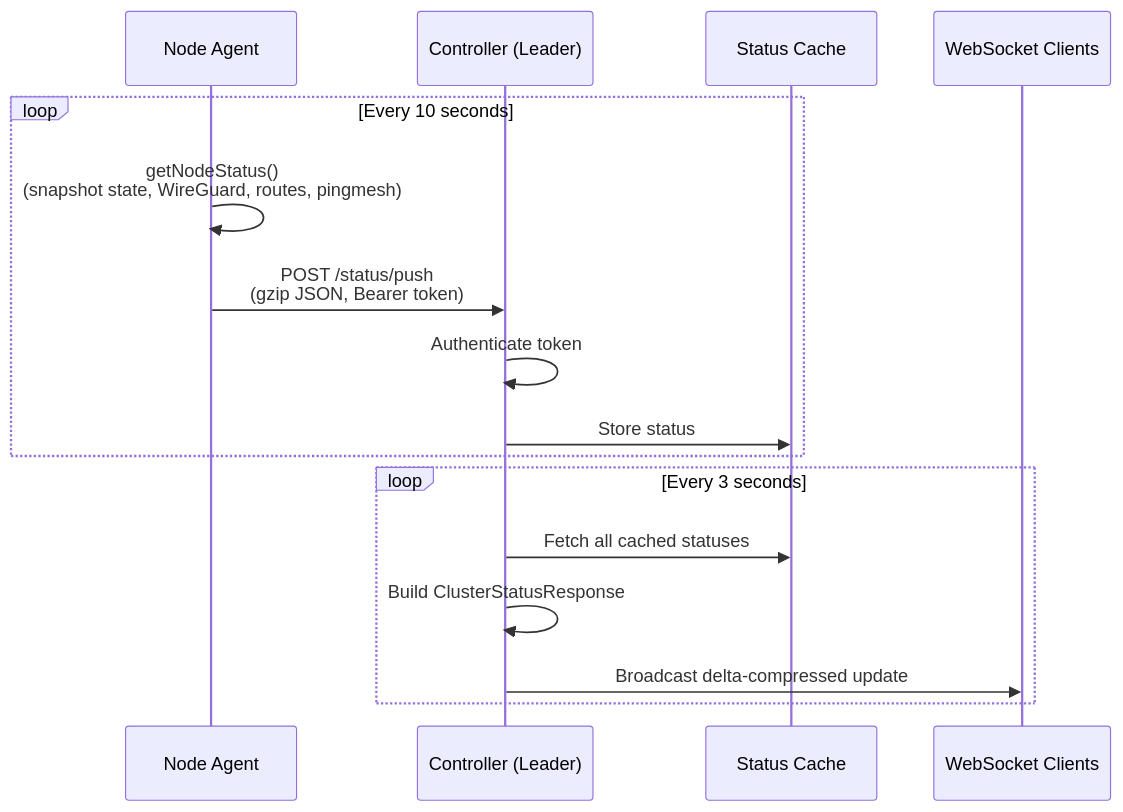
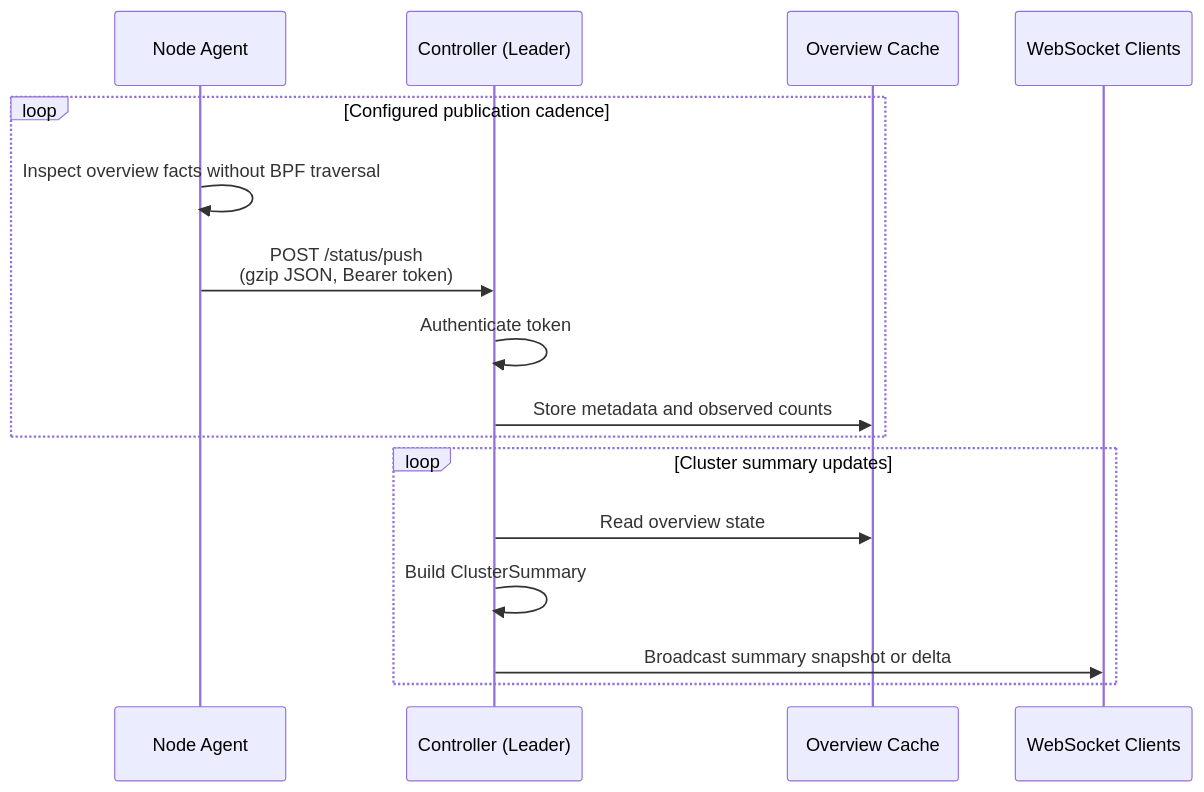
Diagram 13 of 22 in docs/net/architecture.md (Azure/unbounded), drawn with Mermaid before and after one commit. The commit also changed other lines of this file and 18 other files, not shown here.

````diff
--- a/docs/net/architecture.md
+++ b/docs/net/architecture.md
@@ -501,20 +505,20 @@
 ```mermaid
 sequenceDiagram
     participant Agent as Node Agent
     participant Controller as Controller (Leader)
-    participant Cache as Status Cache
+    participant Cache as Overview Cache
     participant WS as WebSocket Clients
 
-    loop Every 10 seconds
-        Agent->>Agent: getNodeStatus()<br/>(snapshot state, WireGuard, routes, pingmesh)
+    loop Configured publication cadence
+        Agent->>Agent: Inspect overview facts without BPF traversal
         Agent->>Controller: POST /status/push<br/>(gzip JSON, Bearer token)
         Controller->>Controller: Authenticate token
-        Controller->>Cache: Store status
+        Controller->>Cache: Store metadata and observed counts
     end
 
-    loop Every 3 seconds
-        Controller->>Cache: Fetch all cached statuses
-        Controller->>Controller: Build ClusterStatusResponse
-        Controller->>WS: Broadcast delta-compressed update
+    loop Cluster summary updates
+        Controller->>Cache: Read overview state
+        Controller->>Controller: Build ClusterSummary
+        Controller->>WS: Broadcast summary snapshot or delta
     end
 ```
````
